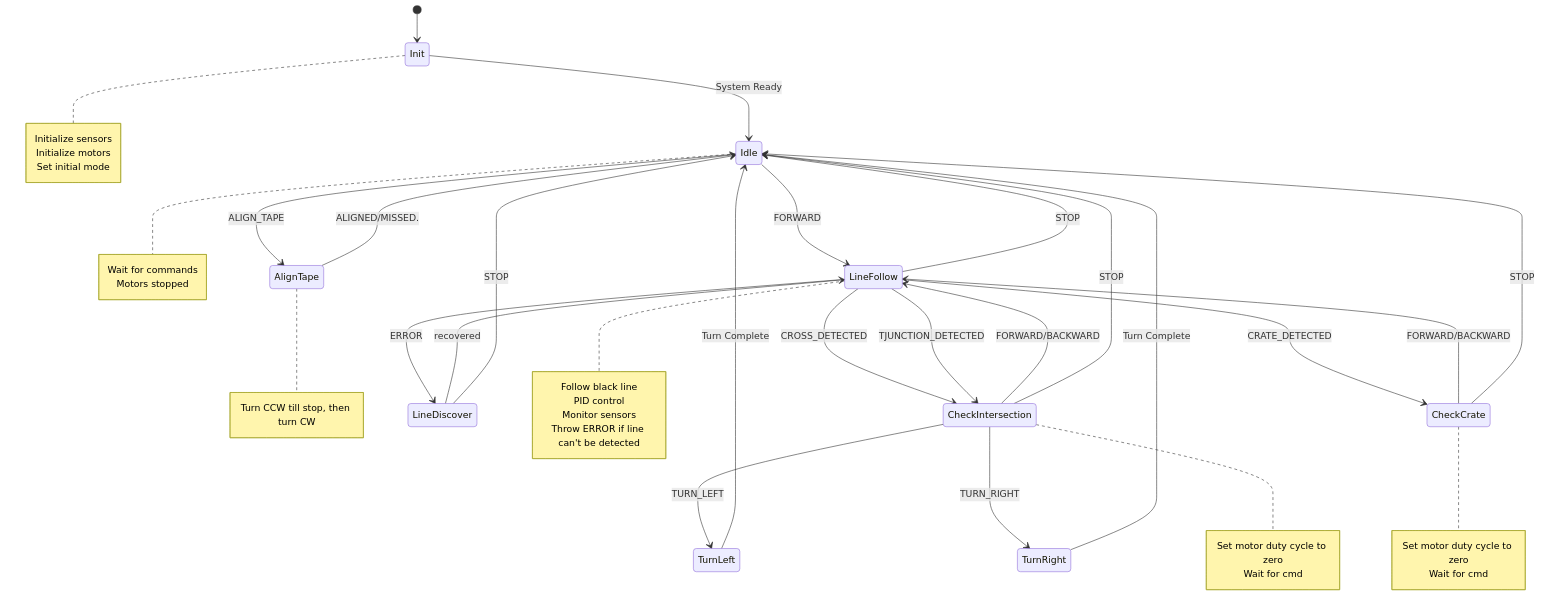
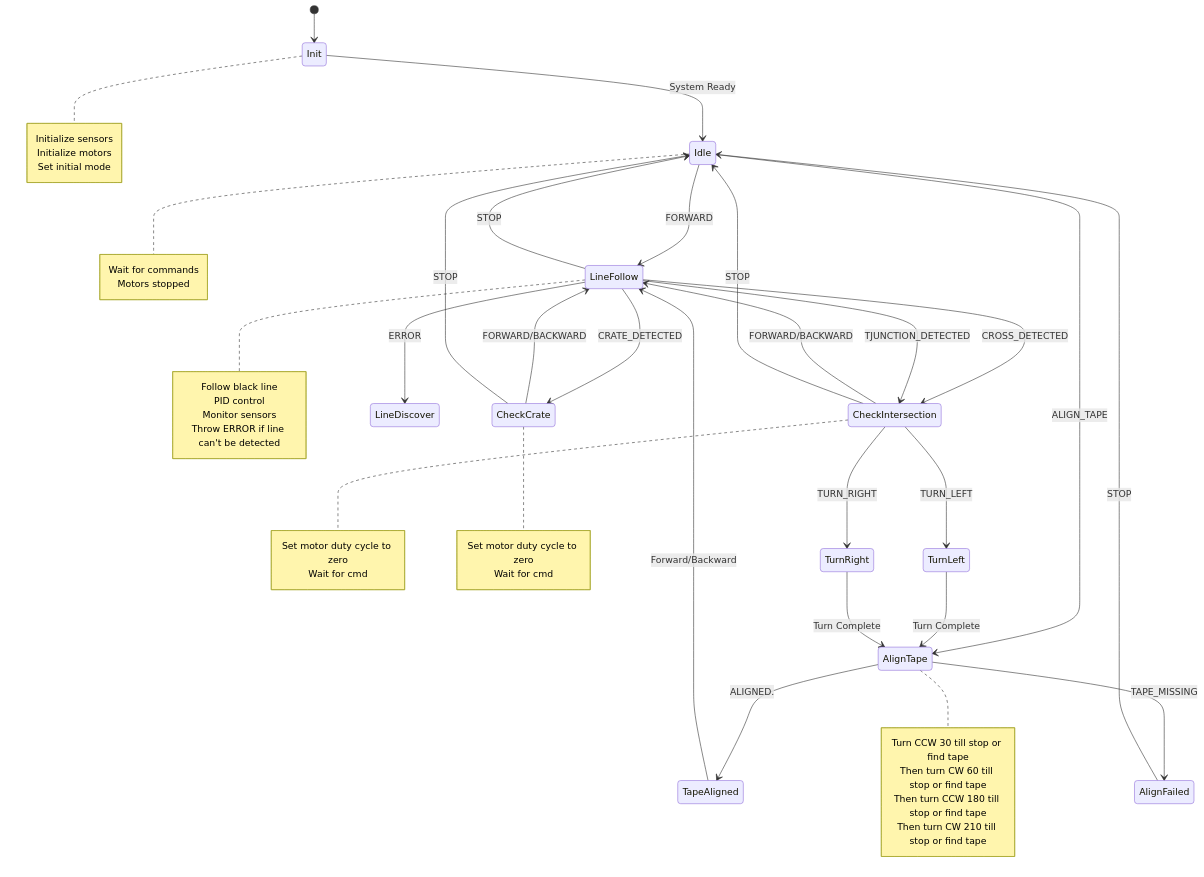
Before and after one commit to yuanzhedong/ME218-final: the diagram in FSM/navigator.md, drawn with Mermaid. The commit also changed 13 other files, not shown here.

````diff
--- a/FSM/navigator.md
+++ b/FSM/navigator.md
@@ -1,60 +1,65 @@
 ```mermaid
 stateDiagram-v2
     [*] --> Init
     
     Init --> Idle: System Ready
     note right of Init
         Initialize sensors
         Initialize motors
         Set initial mode
     end note
 
     Idle --> LineFollow: FORWARD
     Idle --> AlignTape: ALIGN_TAPE
     note right of Idle
         Wait for commands
         Motors stopped
     end note
 
-    AlignTape --> Idle: ALIGNED/MISSED.
+    AlignTape --> TapeAligned: ALIGNED.
     note right of AlignTape
-        Turn CCW till stop, then turn CW
+        Turn CCW 30 till stop or find tape
+        Then turn CW 60 till stop or find tape
+        Then turn CCW 180 till stop or find tape
+        Then turn CW 210 till stop or find tape
     end note
+
+    AlignTape --> AlignFailed: TAPE_MISSING
     
     LineFollow --> CheckCrate: CRATE_DETECTED
     LineFollow --> CheckIntersection: CROSS_DETECTED
     LineFollow --> Idle: STOP
     LineFollow --> LineDiscover: ERROR
     LineFollow --> CheckIntersection: TJUNCTION_DETECTED
     note right of LineFollow
         Follow black line
         PID control
         Monitor sensors
         Throw ERROR if line can't be detected
     end note
 
     CheckIntersection --> TurnLeft: TURN_LEFT
     CheckIntersection --> TurnRight: TURN_RIGHT
     CheckIntersection --> LineFollow: FORWARD/BACKWARD
     CheckIntersection --> Idle: STOP
     note right of CheckIntersection
         Set motor duty cycle to zero
         Wait for cmd
     end note
 
-    TurnLeft --> Idle: Turn Complete
-    TurnRight --> Idle: Turn Complete
+    TurnLeft --> AlignTape: Turn Complete
+    TurnRight --> AlignTape: Turn Complete
 
-    LineDiscover --> LineFollow: recovered
-    LineDiscover --> Idle: STOP
+    TapeAligned --> LineFollow: Forward/Backward
+    AlignFailed --> Idle: STOP
 
     CheckCrate --> LineFollow: FORWARD/BACKWARD
     CheckCrate --> Idle: STOP
     note right of CheckCrate
         Set motor duty cycle to zero
         Wait for cmd
     end note
 
     
 
 ```
````
